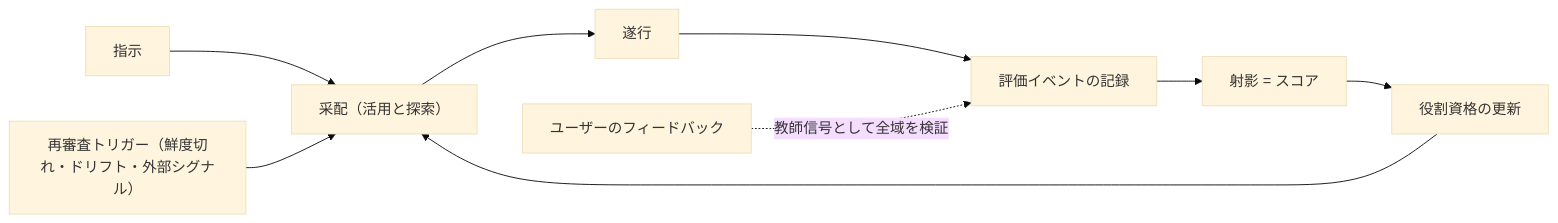
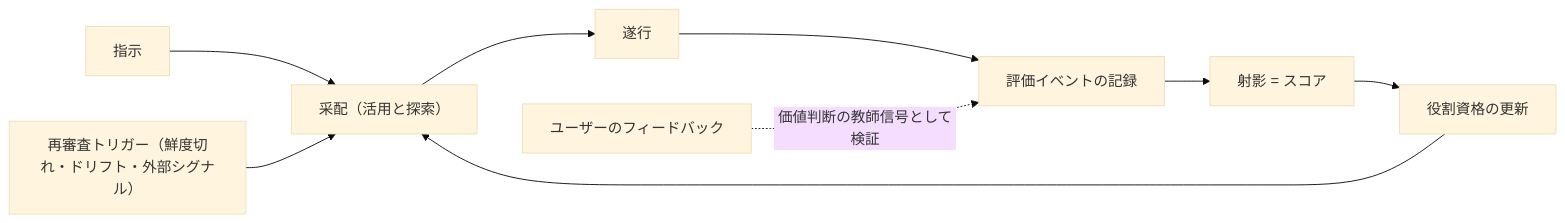
The diagram in VISION.md (megumish/agent-dock), drawn with Mermaid (base theme) before and after one commit. The commit also changed other lines of this file, not shown here.

````diff
--- a/VISION.md
+++ b/VISION.md
@@ -90,11 +90,11 @@
 ```mermaid
 graph LR
     A[指示] --> B["采配（活用と探索）"]
     B --> C[遂行]
     C --> D[評価イベントの記録]
     D --> E[射影 = スコア]
     E --> F[役割資格の更新]
     F --> B
     T["再審査トリガー（鮮度切れ・ドリフト・外部シグナル）"] --> B
-    U[ユーザーのフィードバック] -. 教師信号として全域を検証 .-> D
+    U[ユーザーのフィードバック] -. 価値判断の教師信号として検証 .-> D
 ```
````
